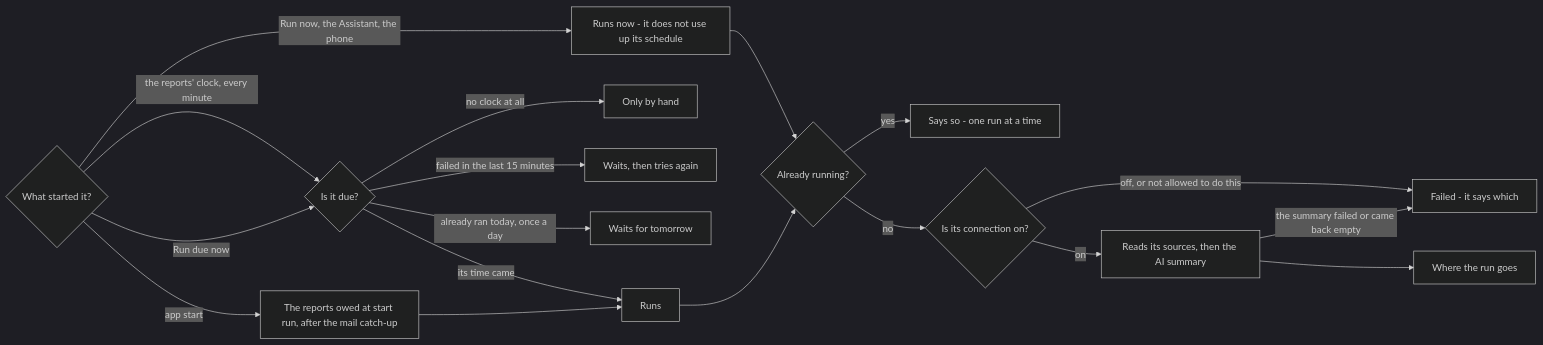
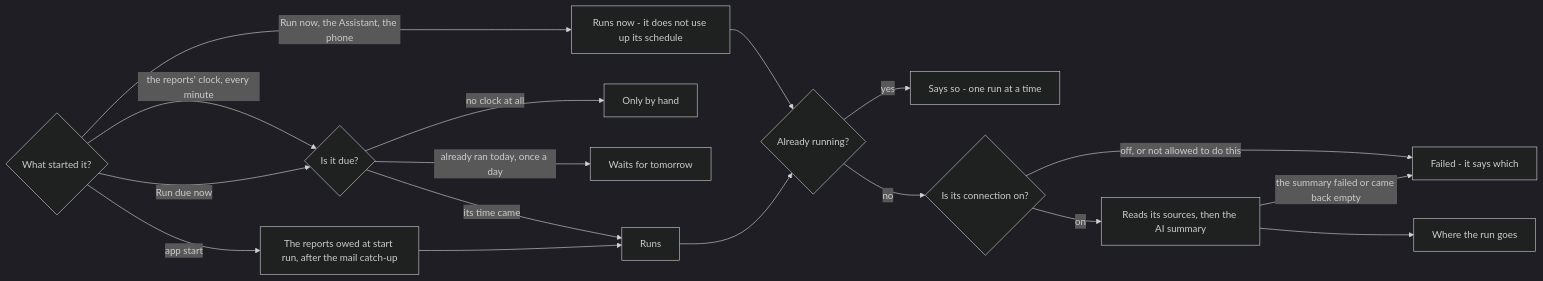
One commit to ldbumble/taskuary changed the first of 2 diagrams in docs/how-a-report-runs.md. Above: the diagram before and after it, drawn with Mermaid (dark theme). The commit also changed other lines of this file and 11 other files, not shown here.

First line of the commit message:
fix: report failures read right, a failed run waits for its slot, the Advisor asks by default

````diff
--- a/docs/how-a-report-runs.md
+++ b/docs/how-a-report-runs.md
@@ -9,20 +9,19 @@
 ```mermaid
 flowchart LR
   T{"What started it?"} -->|app start| S["The reports owed at start run, after the mail catch-up"]
   T -->|the reports' clock, every minute| D{"Is it due?"}
   T -->|Run due now| D
   T -->|Run now, the Assistant, the phone| M["Runs now - it does not use up its schedule"]
   D -->|no clock at all| H["Only by hand"]
-  D -->|failed in the last 15 minutes| R["Waits, then tries again"]
   D -->|already ran today, once a day| X["Waits for tomorrow"]
   D -->|its time came| O["Runs"]
   S --> O
   M --> L{"Already running?"}
   O --> L
   L -->|yes| B["Says so - one run at a time"]
   L -->|no| C{"Is its connection on?"}
   C -->|off, or not allowed to do this| F["Failed - it says which"]
   C -->|on| A["Reads its sources, then the AI summary"]
   A -->|the summary failed or came back empty| F
   A --> W["Where the run goes"]
 ```
````
